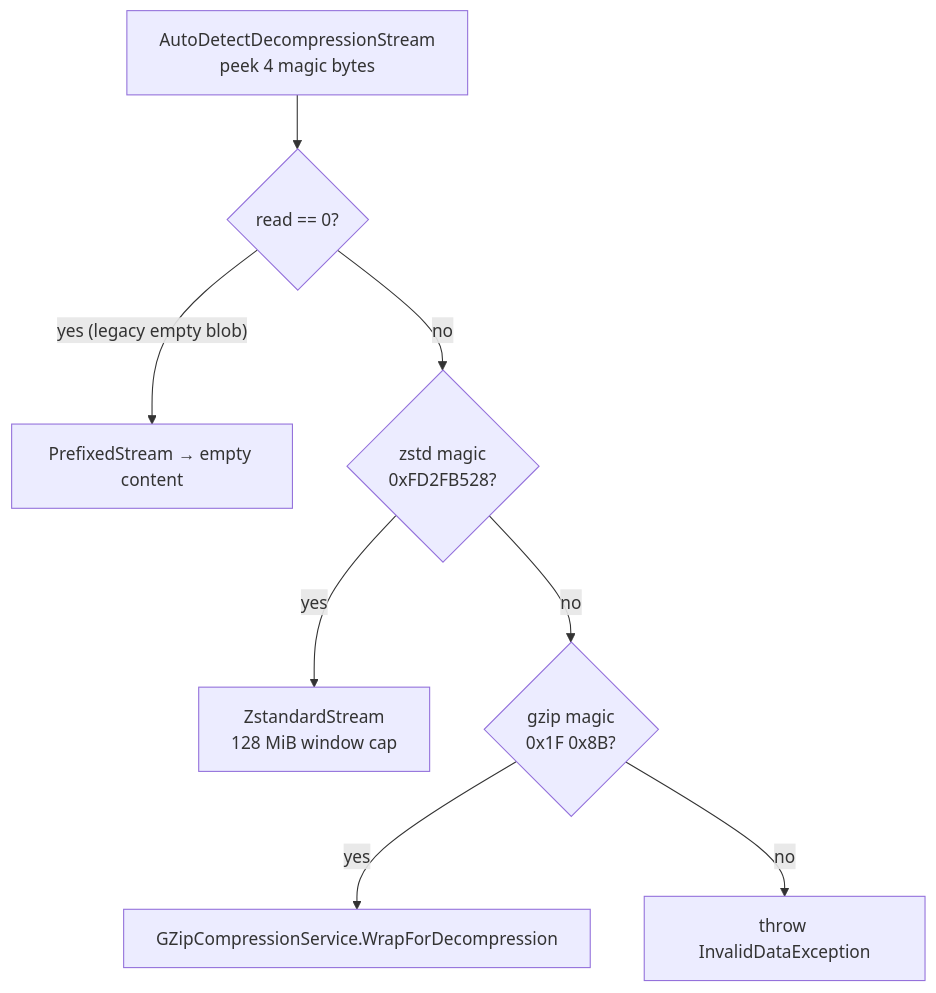
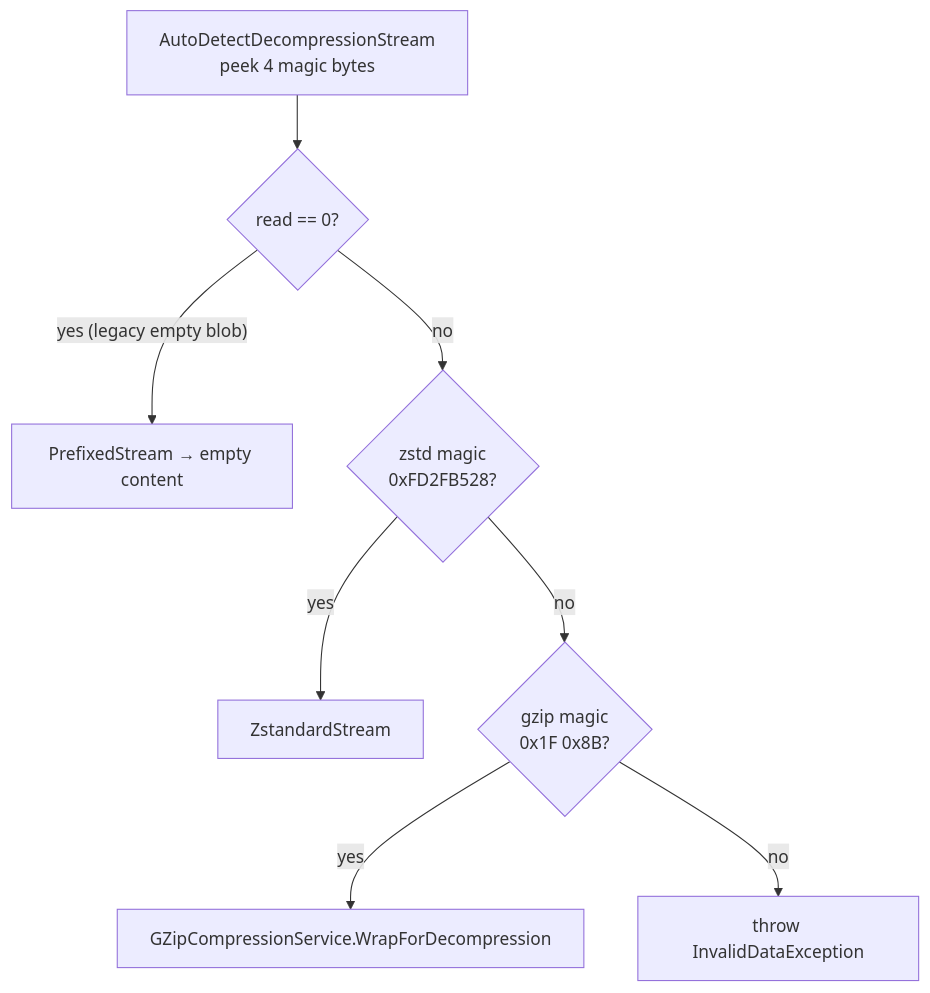
One commit to woutervanranst/Arius7 changed the diagram in docs/design/core/shared/compression.md. Above: the diagram before and after it, drawn with Mermaid. The commit also changed other lines of this file, not shown here.

````diff
--- a/docs/design/core/shared/compression.md
+++ b/docs/design/core/shared/compression.md
@@ -22,10 +22,10 @@
 ```mermaid
 flowchart TD
     R["AutoDetectDecompressionStream<br/>peek 4 magic bytes"] --> E{read == 0?}
     E -- "yes (legacy empty blob)" --> P["PrefixedStream → empty content"]
     E -- no --> Z{zstd magic<br/>0xFD2FB528?}
-    Z -- yes --> ZD["ZstandardStream<br/>128 MiB window cap"]
+    Z -- yes --> ZD["ZstandardStream"]
     Z -- no --> G{gzip magic<br/>0x1F 0x8B?}
     G -- yes --> GD["GZipCompressionService.WrapForDecompression"]
     G -- no --> X["throw InvalidDataException"]
 ```
````
